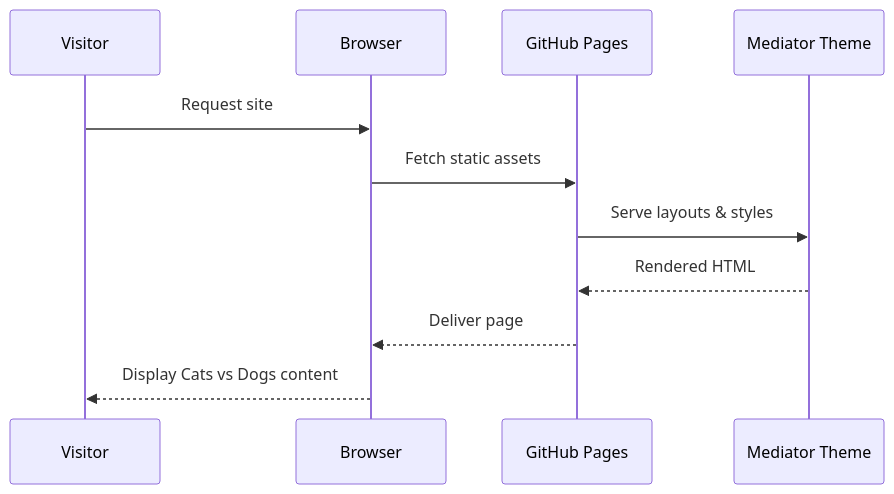
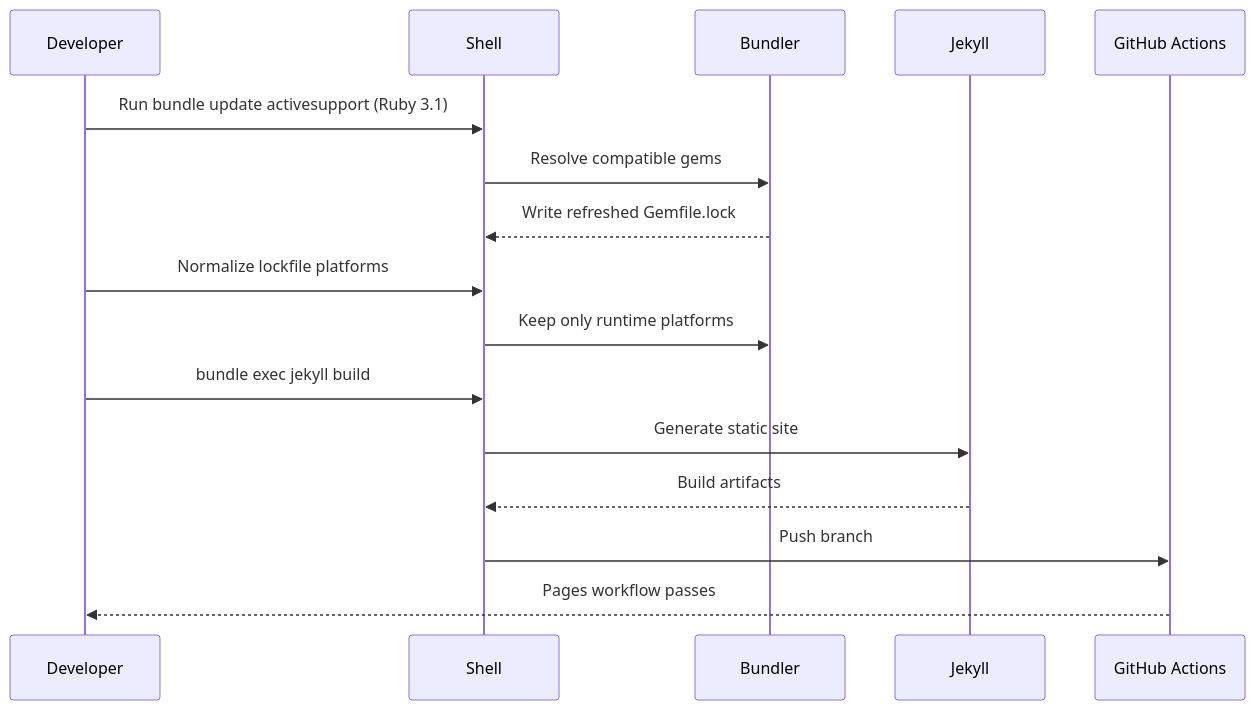
The third of 6 diagrams in README.md (muyueh/Jekyll), drawn with Mermaid before and after one commit. The commit also changed other lines of this file and 1 other file, not shown here.

Commit message:
Refresh Ruby 3.1 dependencies

````diff
--- a/README.md
+++ b/README.md
@@ -19,14 +30,19 @@
 ```mermaid
 sequenceDiagram
-    participant Visitor
-    participant Browser
-    participant GitHubPages as GitHub Pages
-    participant Theme as Mediator Theme
+    participant Dev as Developer
+    participant Shell
+    participant Bundler
+    participant Jekyll
+    participant Actions as GitHub Actions
 
-    Visitor->>Browser: Request site
-    Browser->>GitHubPages: Fetch static assets
-    GitHubPages->>Theme: Serve layouts & styles
-    Theme-->>GitHubPages: Rendered HTML
-    GitHubPages-->>Browser: Deliver page
-    Browser-->>Visitor: Display Cats vs Dogs content
+    Dev->>Shell: Run bundle update activesupport (Ruby 3.1)
+    Shell->>Bundler: Resolve compatible gems
+    Bundler-->>Shell: Write refreshed Gemfile.lock
+    Dev->>Shell: Normalize lockfile platforms
+    Shell->>Bundler: Keep only runtime platforms
+    Dev->>Shell: bundle exec jekyll build
+    Shell->>Jekyll: Generate static site
+    Jekyll-->>Shell: Build artifacts
+    Shell->>Actions: Push branch
+    Actions-->>Dev: Pages workflow passes
 ```
````
